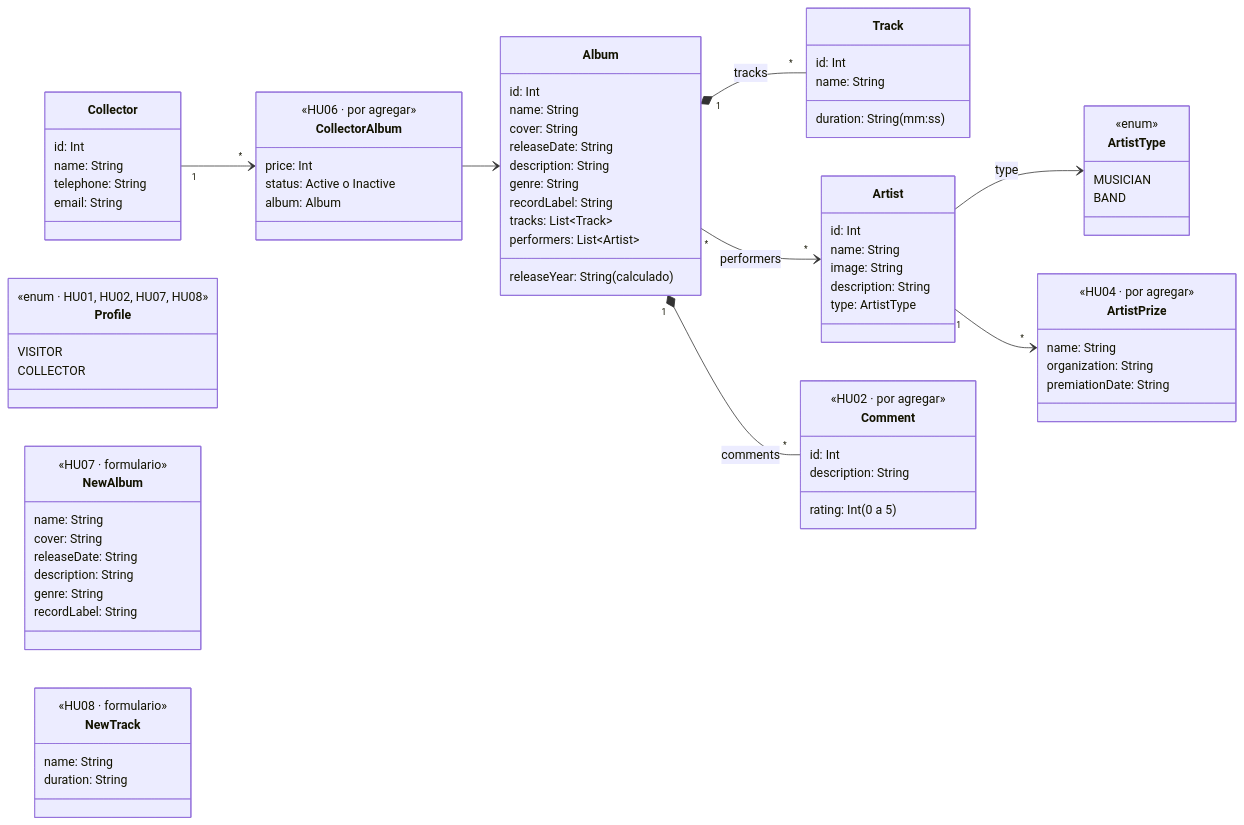
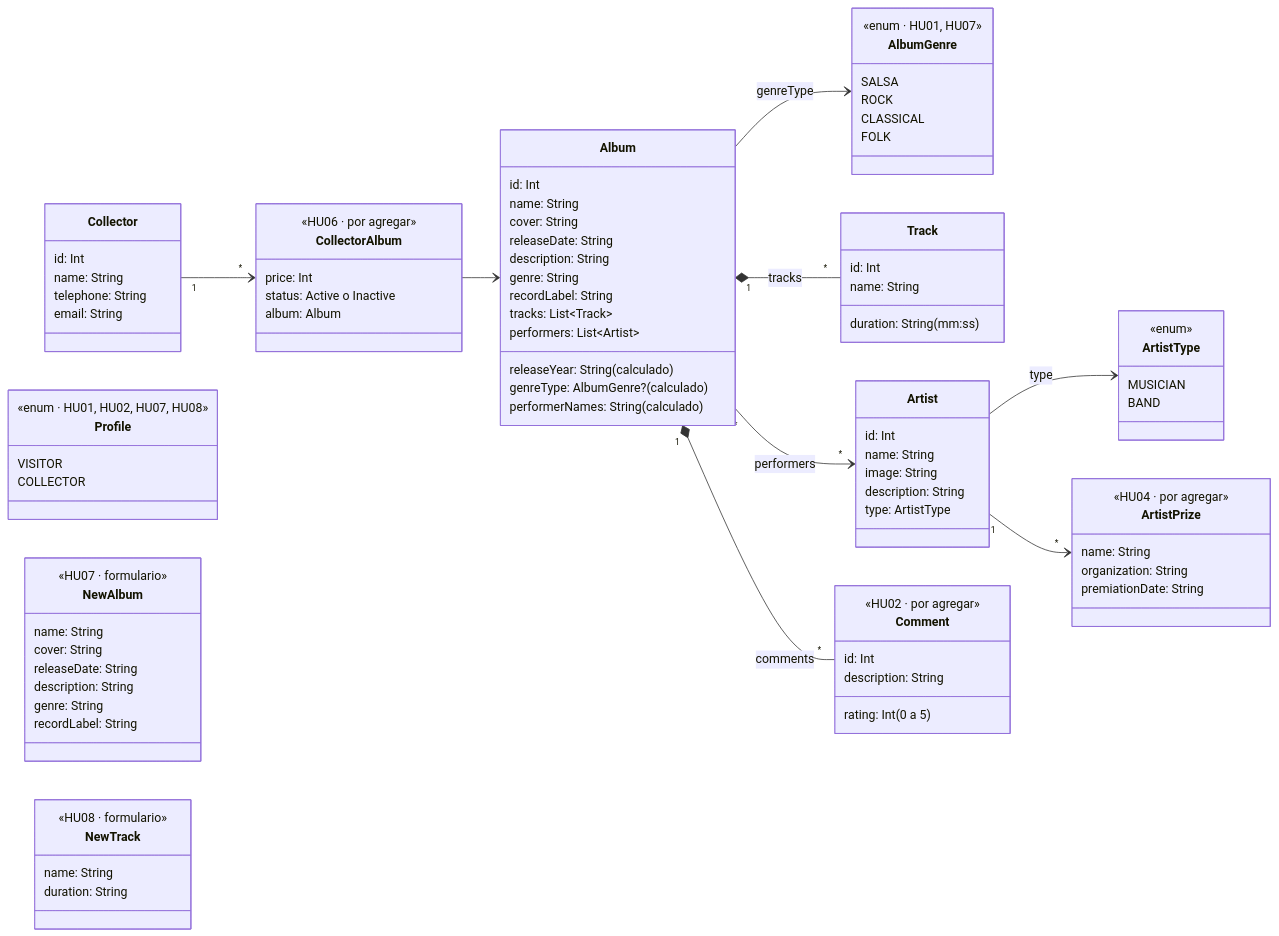
One commit to jhon0520/Andes-Vynils-App changed the third of 4 diagrams in docs/App-technical-documentation.md. Above: the diagram before and after it, drawn with Mermaid. The commit also changed other lines of this file and 29 other files, not shown here.

```diff
--- a/docs/App-technical-documentation.md
+++ b/docs/App-technical-documentation.md
@@ -111,6 +111,15 @@
         tracks: List~Track~
         performers: List~Artist~
         releaseYear: String (calculado)
+        genreType: AlbumGenre? (calculado)
+        performerNames: String (calculado)
+    }
+    class AlbumGenre {
+        <<enum · HU01, HU07>>
+        SALSA
+        ROCK
+        CLASSICAL
+        FOLK
     }
     class Track {
         id: Int
@@ -173,6 +182,7 @@
         duration: String
     }
 
+    Album --> AlbumGenre : genreType
     Album "1" *-- "*" Track : tracks
     Album "*" --> "*" Artist : performers
     Album "1" *-- "*" Comment : comments
```
